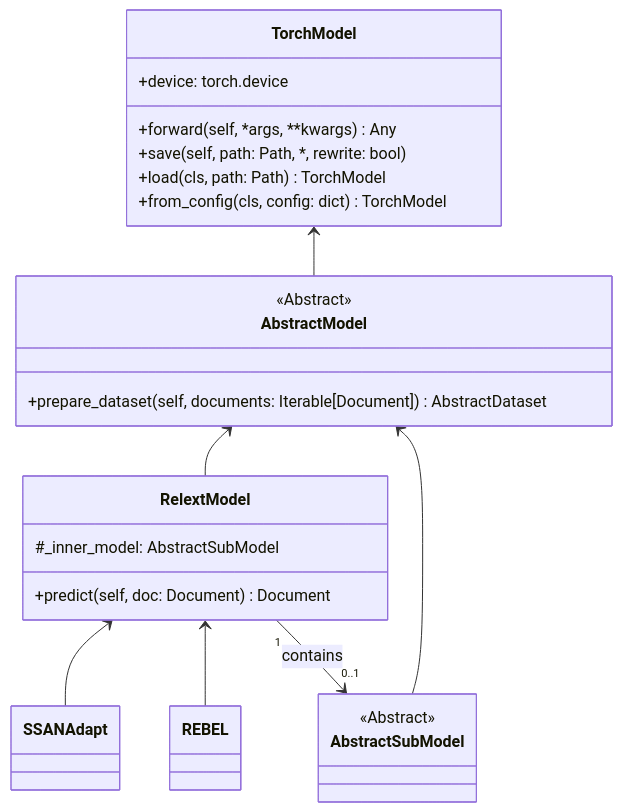
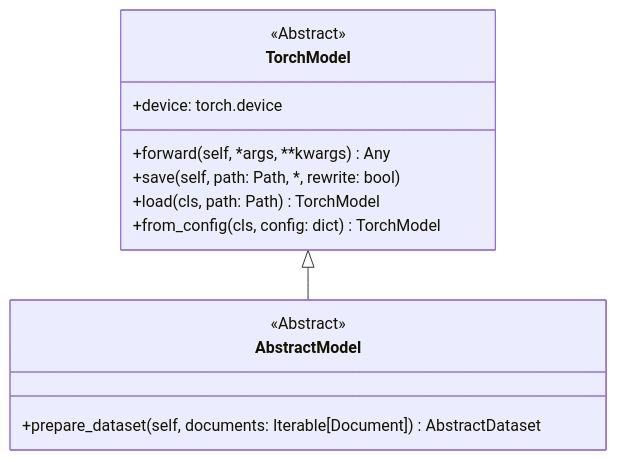
Before and after one commit to phos-phophy/creed: the fourth of 4 diagrams in README.md, drawn with Mermaid.

````diff
--- a/README.md
+++ b/README.md
@@ -148,33 +148,20 @@
 ```mermaid
 classDiagram
 direction TB
 
    class TorchModel{
+      <<Abstract>>
       +device: torch.device
       +forward(self, *args, **kwargs) Any
       +save(self, path: Path, *, rewrite: bool)
       +load(cls, path: Path) TorchModel
       +from_config(cls, config: dict) TorchModel
    }
-   TorchModel <-- AbstractModel
+   TorchModel <|-- AbstractModel
    
    class AbstractModel{
       <<Abstract>>
       +prepare_dataset(self, documents: Iterable[Document])  AbstractDataset
    }
-   AbstractModel <-- RelextModel
-   AbstractModel <-- AbstractSubModel
-   
-   class RelextModel{
-      #_inner_model: AbstractSubModel
-      +predict(self, doc: Document) Document
-   }
-   RelextModel <-- SSANAdapt
-   RelextModel <-- REBEL
-   RelextModel "1" --> "0..1" AbstractSubModel: contains
-   
-   class AbstractSubModel{
-      <<Abstract>>
-   }
    
 ```
````
